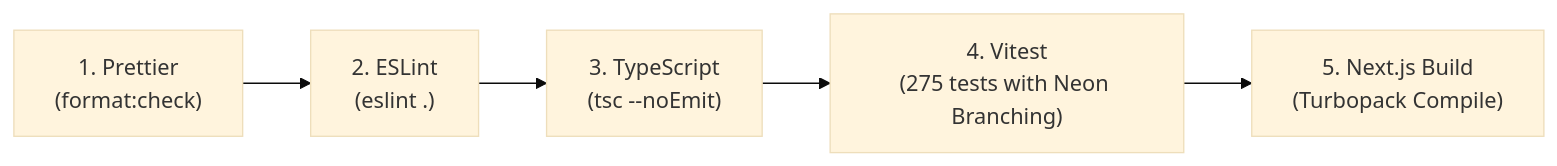
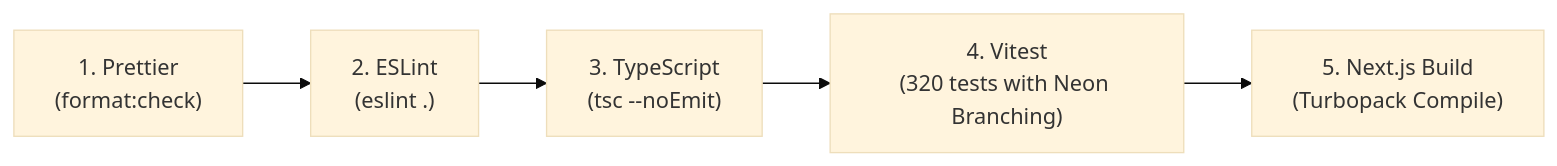
The eighth of 9 diagrams in docs/architecture.md (phanturne/stress-alpha), drawn with Mermaid (base theme) before and after one commit. The commit also changed other lines of this file and 3 other files, not shown here.

Commit message:
docs: sync README and architecture docs with recent pipeline & UI commits (#31)

````diff
--- a/docs/architecture.md
+++ b/docs/architecture.md
@@ -347,7 +344,7 @@
 ```mermaid
 flowchart LR
     Step1["1. Prettier<br/>(format:check)"] --> Step2["2. ESLint<br/>(eslint .)"]
     Step2 --> Step3["3. TypeScript<br/>(tsc --noEmit)"]
-    Step3 --> Step4["4. Vitest<br/>(275 tests with Neon Branching)"]
+    Step3 --> Step4["4. Vitest<br/>(320 tests with Neon Branching)"]
     Step4 --> Step5["5. Next.js Build<br/>(Turbopack Compile)"]
 ```
````
